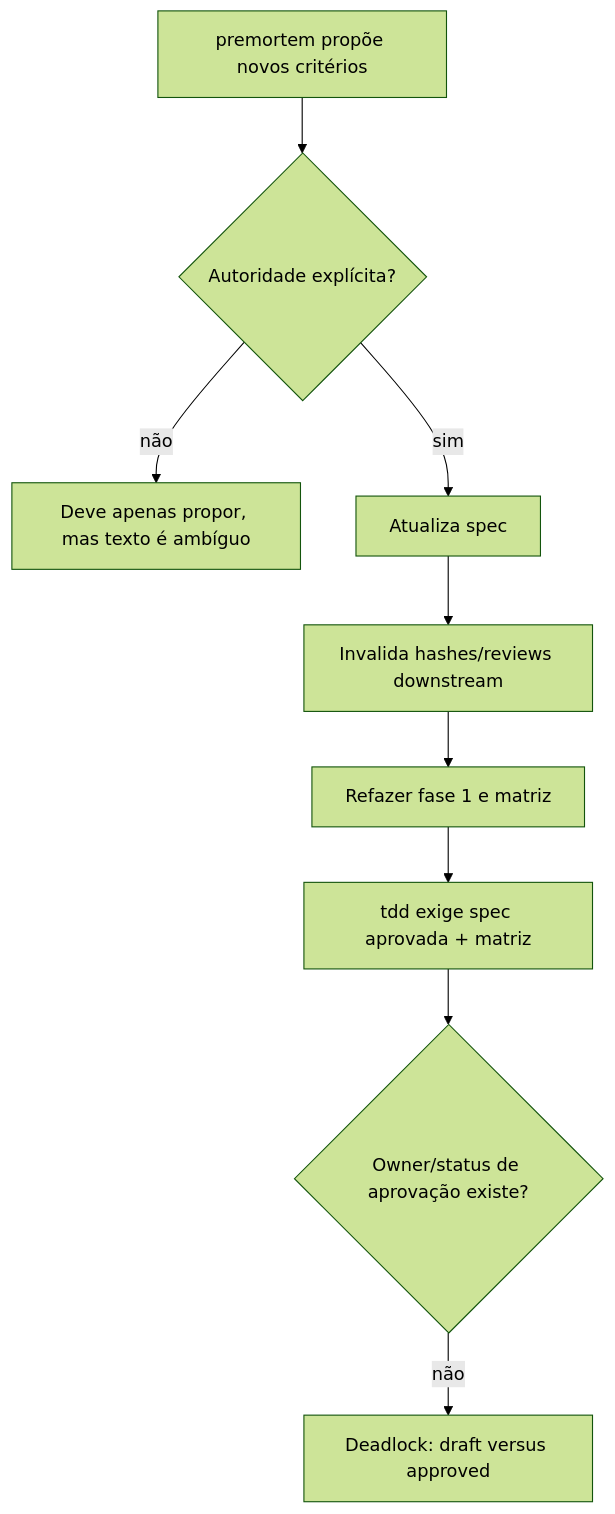
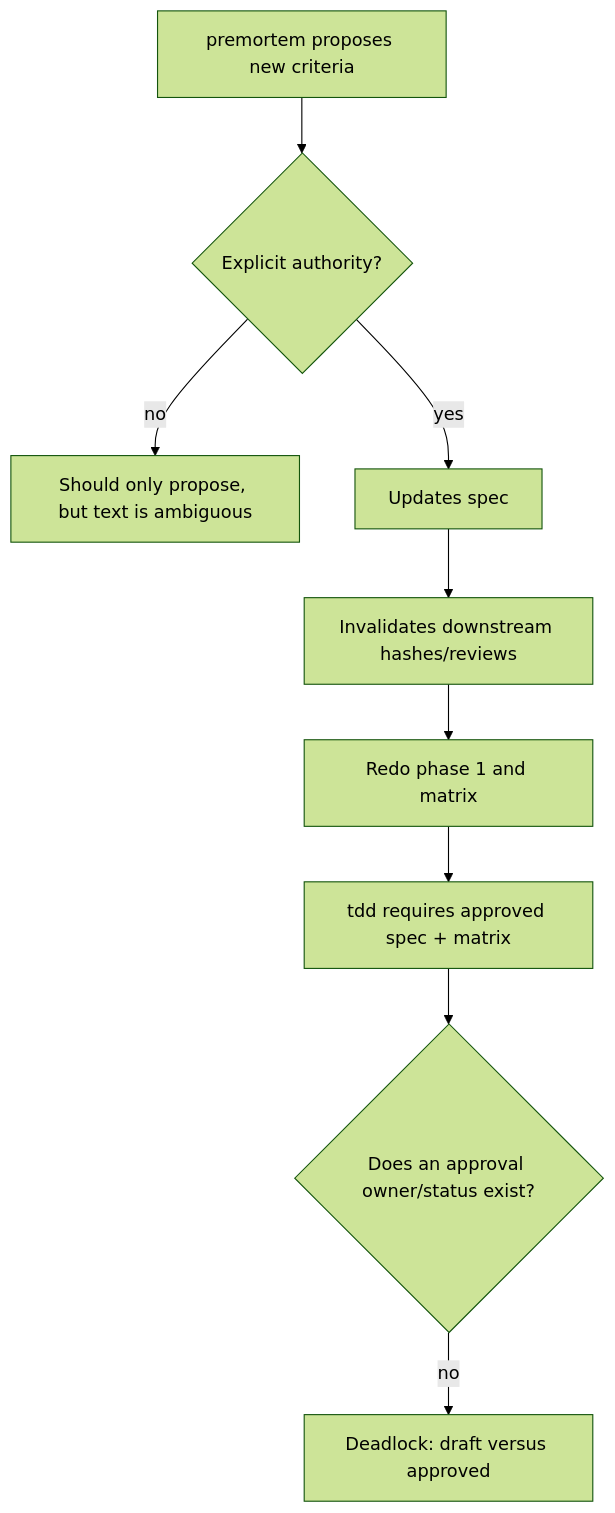
Before and after one commit to woliveiras/baseline: the third of 3 diagrams in docs/internal/audit/2026-08-06-tuxedo-repository-audit/04-skills-agents-and-documentation.md, drawn with Mermaid (forest theme). The commit also changed other lines of this file and 13 other files, not shown here.

````diff
--- a/docs/internal/audit/2026-08-06-tuxedo-repository-audit/04-skills-agents-and-documentation.md
+++ b/docs/internal/audit/2026-08-06-tuxedo-repository-audit/04-skills-agents-and-documentation.md
@@ -108,11 +108,11 @@
 ```mermaid
 flowchart TD
-    T["tdd exige spec aprovada + matriz"] --> Q{"Owner/status de aprovação existe?"}
-    Q -->|não| X["Deadlock: draft versus approved"]
-    P["premortem propõe novos critérios"] --> A{"Autoridade explícita?"}
-    A -->|não| B["Deve apenas propor, mas texto é ambíguo"]
-    A -->|sim| S["Atualiza spec"]
-    S --> H["Invalida hashes/reviews downstream"]
-    H --> R["Refazer fase 1 e matriz"]
+    T["tdd requires approved spec + matrix"] --> Q{"Does an approval owner/status exist?"}
+    Q -->|no| X["Deadlock: draft versus approved"]
+    P["premortem proposes new criteria"] --> A{"Explicit authority?"}
+    A -->|no| B["Should only propose, but text is ambiguous"]
+    A -->|yes| S["Updates spec"]
+    S --> H["Invalidates downstream hashes/reviews"]
+    H --> R["Redo phase 1 and matrix"]
     R --> T
 ```
````
